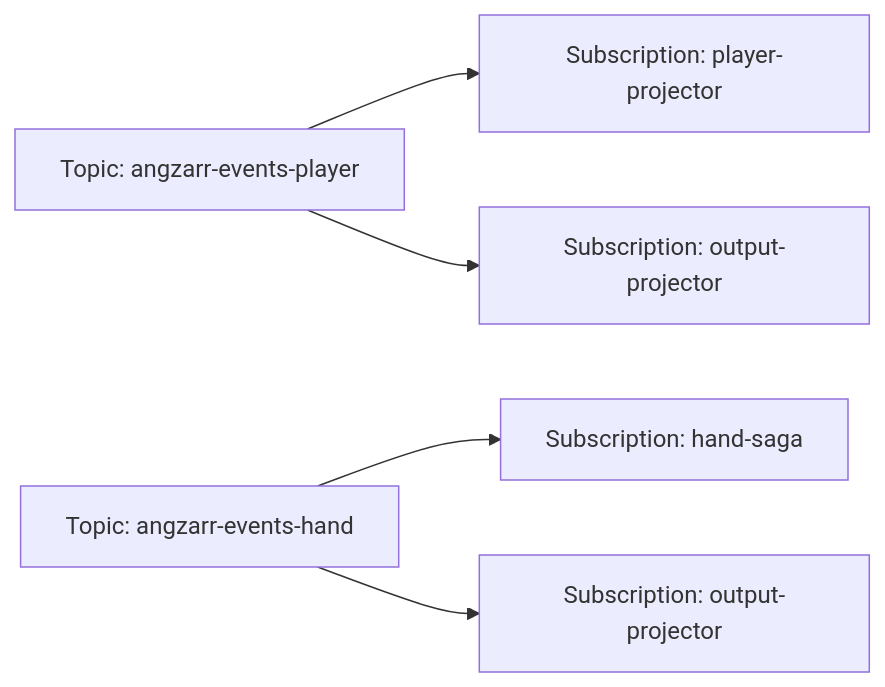
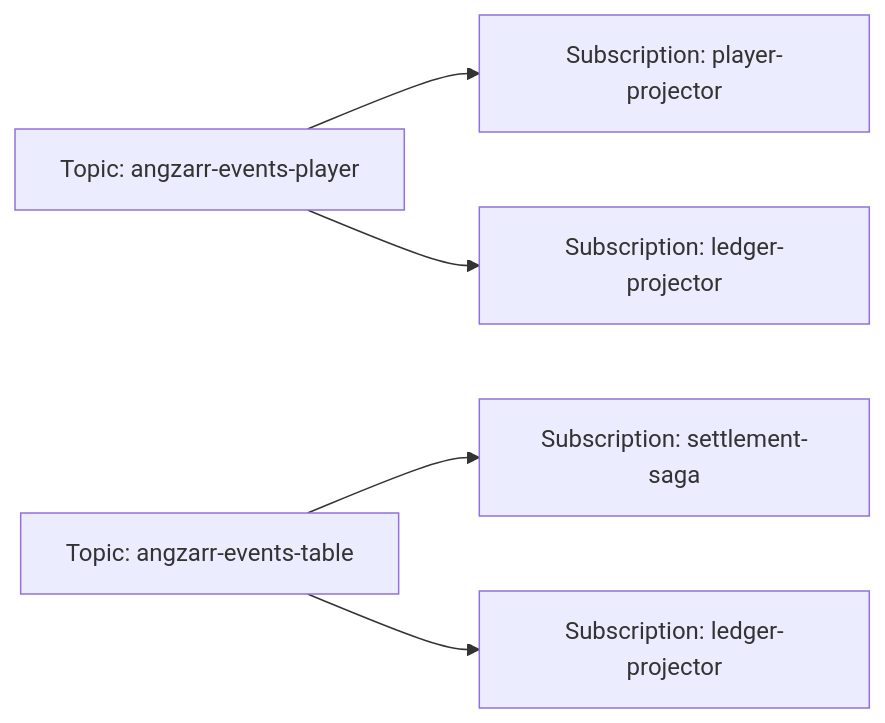
The first of 2 diagrams in site/src/content/docs/tooling/buses/pubsub.md (angzarr-io/angzarr-project), drawn with Mermaid before and after one commit. The commit also changed other lines of this file and 18 other files, not shown here.

````diff
--- a/site/src/content/docs/tooling/buses/pubsub.md
+++ b/site/src/content/docs/tooling/buses/pubsub.md
@@ -54,7 +54,7 @@
 ```mermaid
 flowchart LR
     TP["Topic: angzarr-events-player"] --> PP[Subscription: player-projector]
-    TP --> OP1[Subscription: output-projector]
-    TH["Topic: angzarr-events-hand"] --> HS[Subscription: hand-saga]
-    TH --> OP2[Subscription: output-projector]
+    TP --> OP1[Subscription: ledger-projector]
+    TH["Topic: angzarr-events-table"] --> HS[Subscription: settlement-saga]
+    TH --> OP2[Subscription: ledger-projector]
 ```
````
